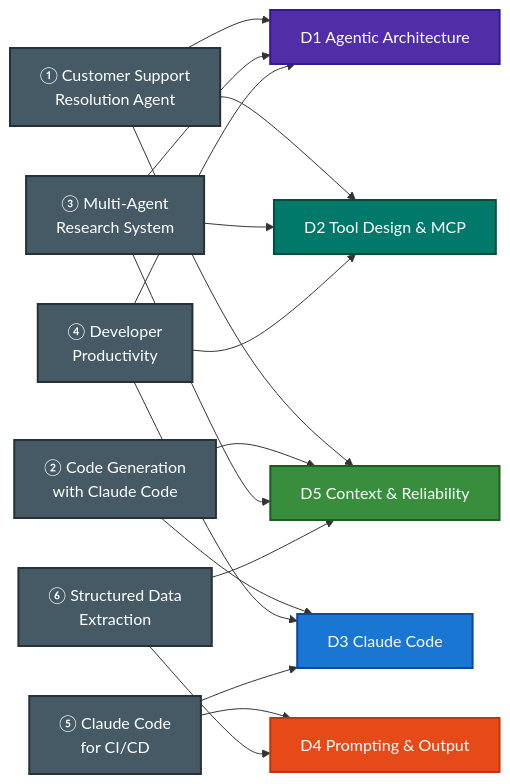
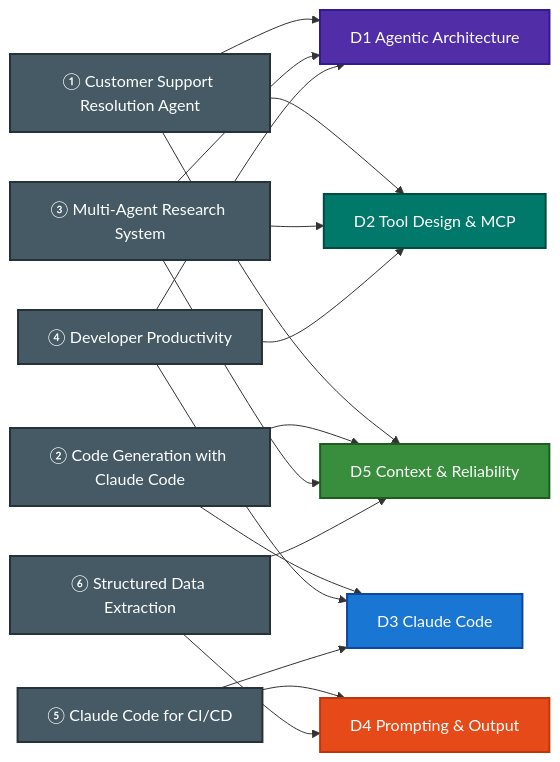
One commit to parmar-m/claude-architect-certification-prep changed the diagram in CCA-F/scenarios/README.md. Above: the diagram before and after it, drawn with Mermaid. The commit also changed 24 other files, not shown here.

Commit message:
fix html tags in mmd diagrams

````diff
--- a/CCA-F/scenarios/README.md
+++ b/CCA-F/scenarios/README.md
@@ -5,21 +5,21 @@
 ```mermaid
 flowchart LR
-    S1["① Customer Support<br/>Resolution Agent"] --> D1["D1 Agentic Architecture"] & D2["D2 Tool Design & MCP"] & D5["D5 Context & Reliability"]
-    S2["② Code Generation<br/>with Claude Code"] --> D3["D3 Claude Code"] & D5
-    S3["③ Multi-Agent<br/>Research System"] --> D1 & D2 & D5
-    S4["④ Developer<br/>Productivity"] --> D2 & D3 & D1
-    S5["⑤ Claude Code<br/>for CI/CD"] --> D3 & D4["D4 Prompting & Output"]
-    S6["⑥ Structured Data<br/>Extraction"] --> D4 & D5
+    S1["① Customer Support Resolution Agent"] --> D1["D1 Agentic Architecture"] & D2["D2 Tool Design & MCP"] & D5["D5 Context & Reliability"]
+    S2["② Code Generation with Claude Code"] --> D3["D3 Claude Code"] & D5
+    S3["③ Multi-Agent Research System"] --> D1 & D2 & D5
+    S4["④ Developer Productivity"] --> D2 & D3 & D1
+    S5["⑤ Claude Code for CI/CD"] --> D3 & D4["D4 Prompting & Output"]
+    S6["⑥ Structured Data Extraction"] --> D4 & D5
     classDef scen fill:#455A64,color:#fff,stroke:#263238,stroke-width:2px
     classDef d1 fill:#512DA8,color:#fff,stroke:#311B92,stroke-width:2px
     classDef d2 fill:#00796B,color:#fff,stroke:#004D40,stroke-width:2px
     classDef d3 fill:#1976D2,color:#fff,stroke:#0D47A1,stroke-width:2px
     classDef d4 fill:#E64A19,color:#fff,stroke:#BF360C,stroke-width:2px
     classDef d5 fill:#388E3C,color:#fff,stroke:#1B5E20,stroke-width:2px
     class S1,S2,S3,S4,S5,S6 scen
     class D1 d1
     class D2 d2
     class D3 d3
     class D4 d4
     class D5 d5
 ```
````
